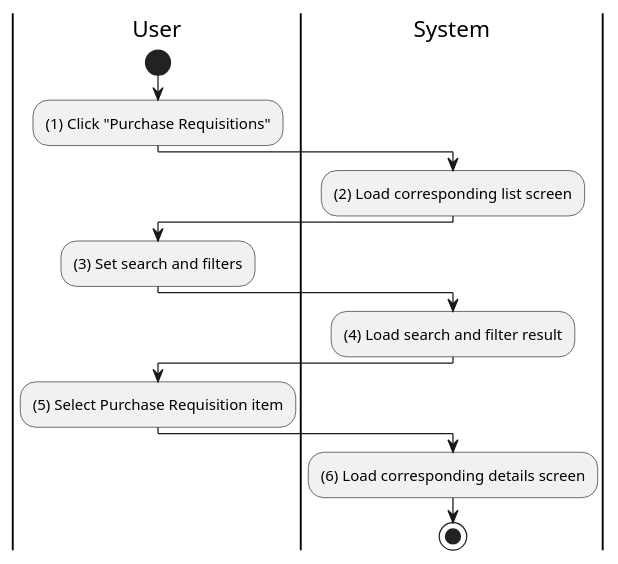
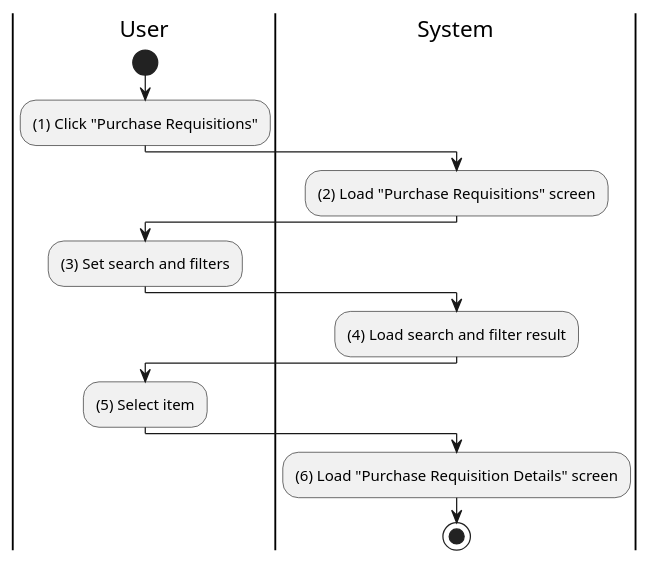
The diagram in activities/purchase-requisition-view.plantuml (phihungha/scmss-reqs), drawn with PlantUML before and after one commit. The commit also changed 19 other files, not shown here.

Commit message:
Improve production and purchase requisition activities

```diff
--- a/activities/purchase-requisition-view.plantuml
+++ b/activities/purchase-requisition-view.plantuml
@@ -1,24 +1,24 @@
 @startuml purchase-requisition-view
 |u|User
 |s|System
 
 |u|
 start
 :(1) Click "Purchase Requisitions";
 
 |s|
-:(2) Load corresponding list screen;
+:(2) Load "Purchase Requisitions" screen;
 
 |u|
 :(3) Set search and filters;
 
 |s|
 :(4) Load search and filter result;
 
 |u|
-:(5) Select Purchase Requisition item;
+:(5) Select item;
 
 |s|
-:(6) Load corresponding details screen;
+:(6) Load "Purchase Requisition Details" screen;
 stop
 @enduml
```
